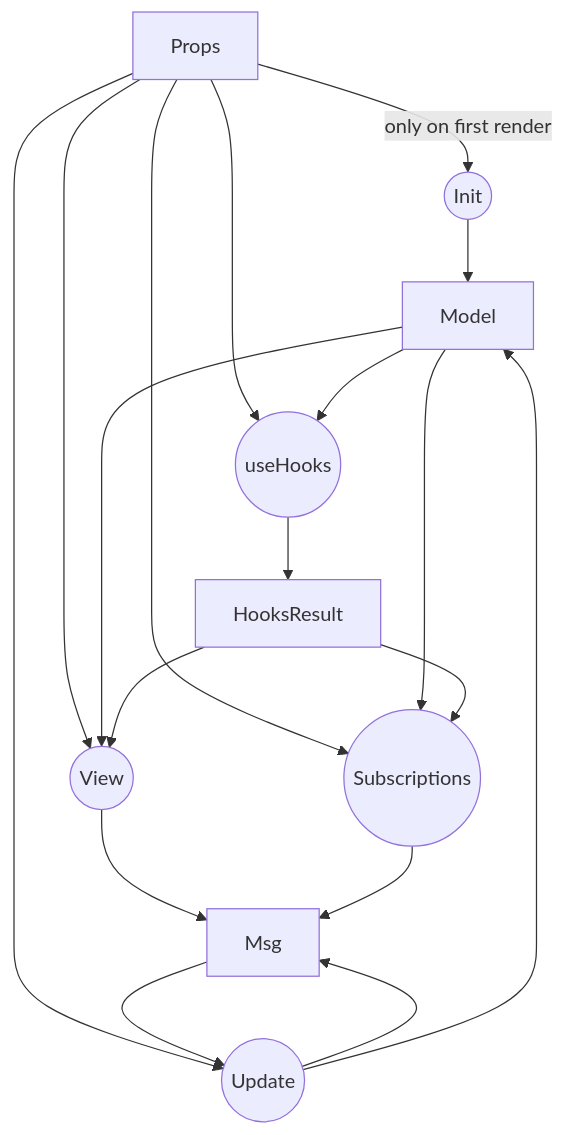
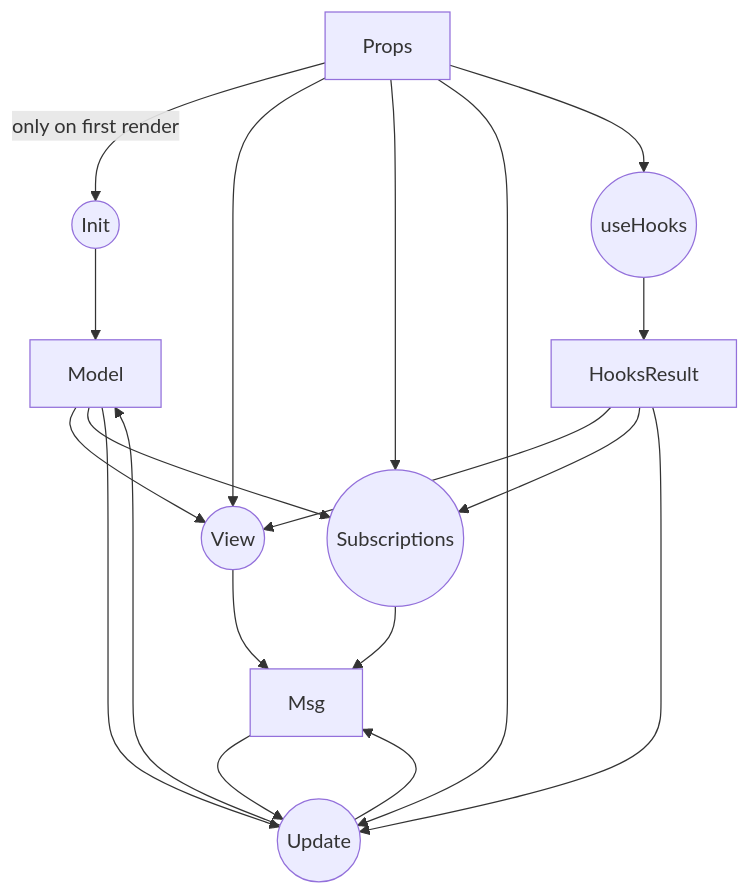
The diagram in doc/dev/DataFlowDiagram.md (Foo-x/react-tea), drawn with Mermaid before and after one commit. The commit also changed 8 other files, not shown here.

````diff
--- a/doc/dev/DataFlowDiagram.md
+++ b/doc/dev/DataFlowDiagram.md
@@ -3,21 +3,21 @@
 ```mermaid
 graph TD
     p[Props]
     i((Init))
     m[Model]
     msg[Msg]
     h((useHooks))
     H[HooksResult]
     u((Update))
     v((View))
     s((Subscriptions))
 
     p -- only on first render --> i
     p --> v & s & u & h
     i --> m
-    m --> v & s & h
-    h --> H --> v & s
+    m --> v & s & u
+    h --> H --> v & s & u
     v & s --> msg
     msg --> u
     u --> msg & m
 ```
````
